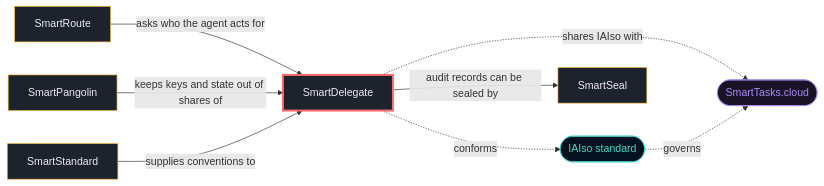
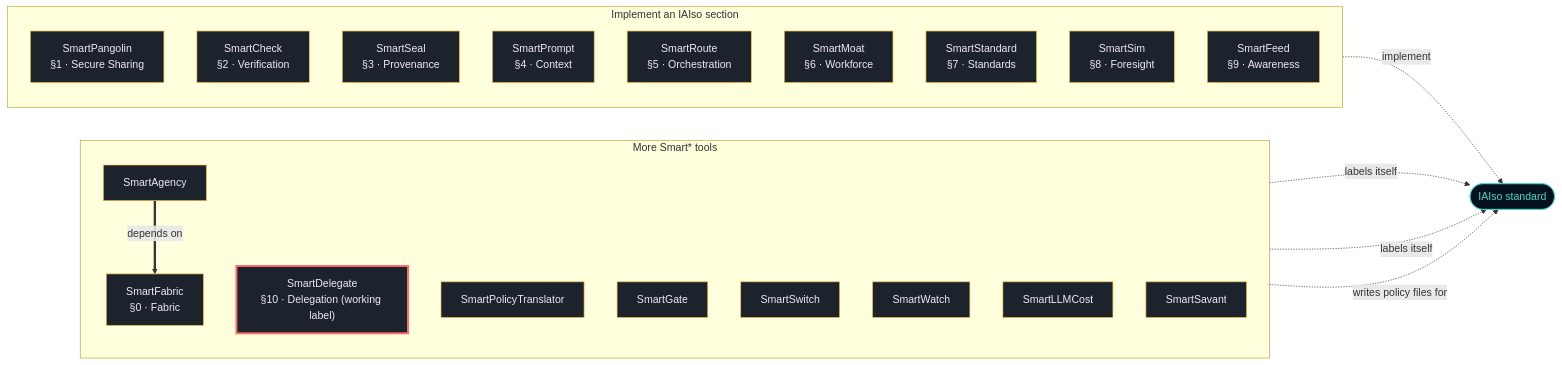
The third of 3 diagrams in README.md (SmartTasksOrg/sf-smartdelegate), drawn with Mermaid before and after one commit. The commit also changed other lines of this file, not shown here.

Commit message:
Family list and diagrams from family.json; UML matches the code
Written by fleet_docs.py (fleet-docs kit): family section: replaced 12 line(s) of the old list; architecture diagram: replaced.

````diff
--- a/README.md
+++ b/README.md
@@ -308,21 +313,36 @@
 ```mermaid
 graph LR
-    IAIso([IAIso standard]):::std
-    Cloud([SmartTasks.cloud]):::cloud
-    SmartDelegate[SmartDelegate]:::tool
-    SmartRoute[SmartRoute]:::tool
-    SmartSeal[SmartSeal]:::tool
-    SmartPangolin[SmartPangolin]:::tool
-    SmartStandard[SmartStandard]:::tool
-    SmartRoute -->|asks who the agent acts for| SmartDelegate
-    SmartDelegate -->|audit records can be sealed by| SmartSeal
-    SmartPangolin -->|keeps keys and state out of shares of| SmartDelegate
-    SmartStandard -->|supplies conventions to| SmartDelegate
-    SmartDelegate -.conforms.-> IAIso
-    SmartDelegate -.shares IAIso with.-> Cloud
-    IAIso -.governs.-> Cloud
+    IAIso(["IAIso standard"]):::std
+    subgraph SEC["Implement an IAIso section"]
+        direction TB
+        SmartPangolin["SmartPangolin<br/>§1 · Secure Sharing"]:::tool
+        SmartCheck["SmartCheck<br/>§2 · Verification"]:::tool
+        SmartSeal["SmartSeal<br/>§3 · Provenance"]:::tool
+        SmartPrompt["SmartPrompt<br/>§4 · Context"]:::tool
+        SmartRoute["SmartRoute<br/>§5 · Orchestration"]:::tool
+        SmartMoat["SmartMoat<br/>§6 · Workforce"]:::tool
+        SmartStandard["SmartStandard<br/>§7 · Standards"]:::tool
+        SmartSim["SmartSim<br/>§8 · Foresight"]:::tool
+        SmartFeed["SmartFeed<br/>§9 · Awareness"]:::tool
+    end
+    subgraph MORE["More Smart* tools"]
+        direction TB
+        SmartFabric["SmartFabric<br/>§0 · Fabric"]:::tool
+        SmartDelegate["SmartDelegate<br/>§10 · Delegation (working label)"]:::tool
+        SmartPolicyTranslator["SmartPolicyTranslator"]:::tool
+        SmartAgency["SmartAgency"]:::tool
+        SmartGate["SmartGate"]:::tool
+        SmartSwitch["SmartSwitch"]:::tool
+        SmartWatch["SmartWatch"]:::tool
+        SmartLLMCost["SmartLLMCost"]:::tool
+        SmartSavant["SmartSavant"]:::tool
+    end
+    SEC -. "implement" .-> IAIso
+    SmartFabric -. "labels itself" .-> IAIso
+    SmartDelegate -. "labels itself" .-> IAIso
+    SmartPolicyTranslator -. "writes policy files for" .-> IAIso
+    SmartAgency ==>|"depends on"| SmartFabric
     classDef tool fill:#1c232d,stroke:#f5b83d,color:#efe9f5;
     classDef std fill:#04121f,stroke:#46d6c8,color:#46d6c8;
-    classDef cloud fill:#1a1327,stroke:#a78bfa,color:#a78bfa;
     style SmartDelegate stroke-width:3px,stroke:#ff6b6b;
 ```
````
